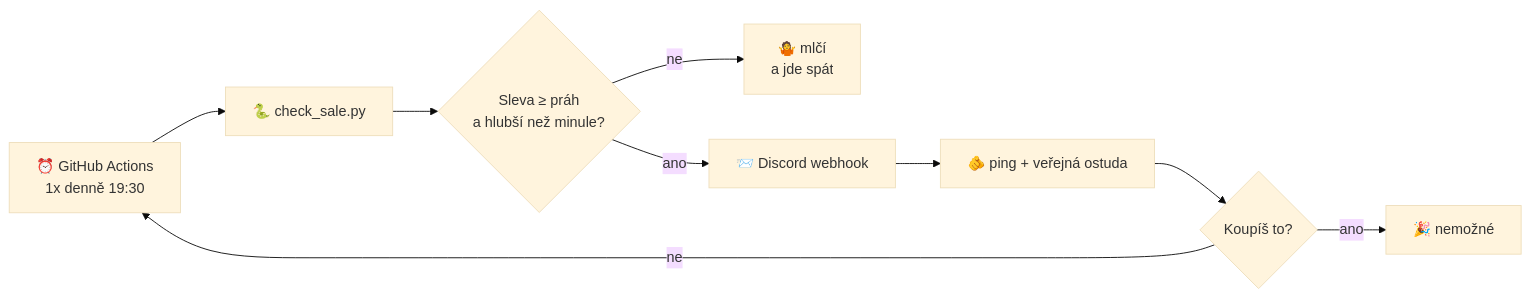
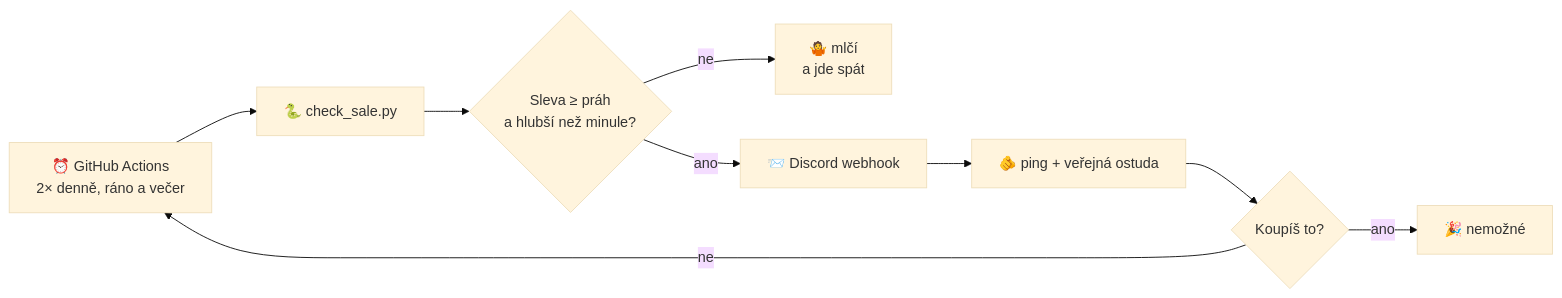
Before and after one commit to vasekbalon-boop/check-sale: the diagram in README.md, drawn with Mermaid (base theme). The commit also changed other lines of this file, not shown here.

Commit message:
Update README to reflect changes in check frequency

````diff
--- a/README.md
+++ b/README.md
@@ -32,11 +32,11 @@
 ```mermaid
 flowchart LR
-    A["⏰ GitHub Actions<br/>1x denně 19:30"] --> B["🐍 check_sale.py"]
+    A["⏰ GitHub Actions<br/>2× denně, ráno a večer"] --> B["🐍 check_sale.py"]
     B --> C{"Sleva ≥ práh<br/>a hlubší než minule?"}
     C -->|ne| D["🤷 mlčí<br/>a jde spát"]
     C -->|ano| E["📨 Discord webhook"]
     E --> F["🫵 ping + veřejná ostuda"]
     F --> G{"Koupíš to?"}
     G -->|ne| A
     G -->|ano| H["🎉 nemožné"]
 ```
````
